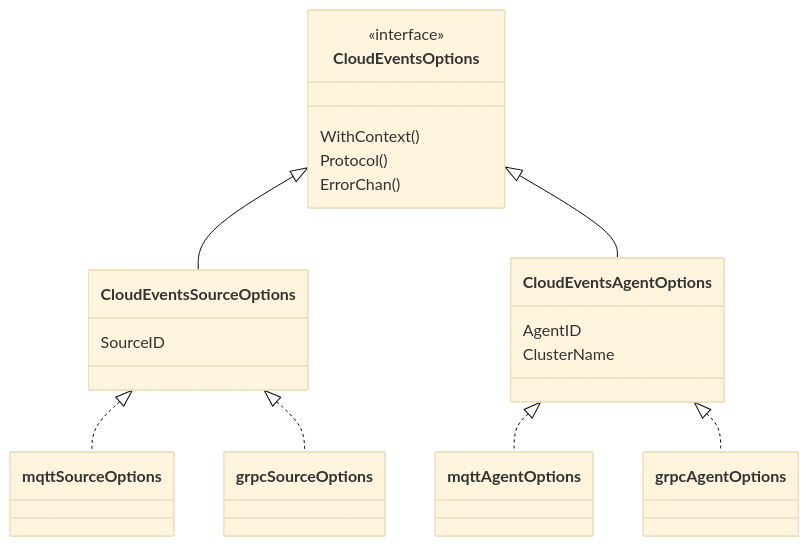
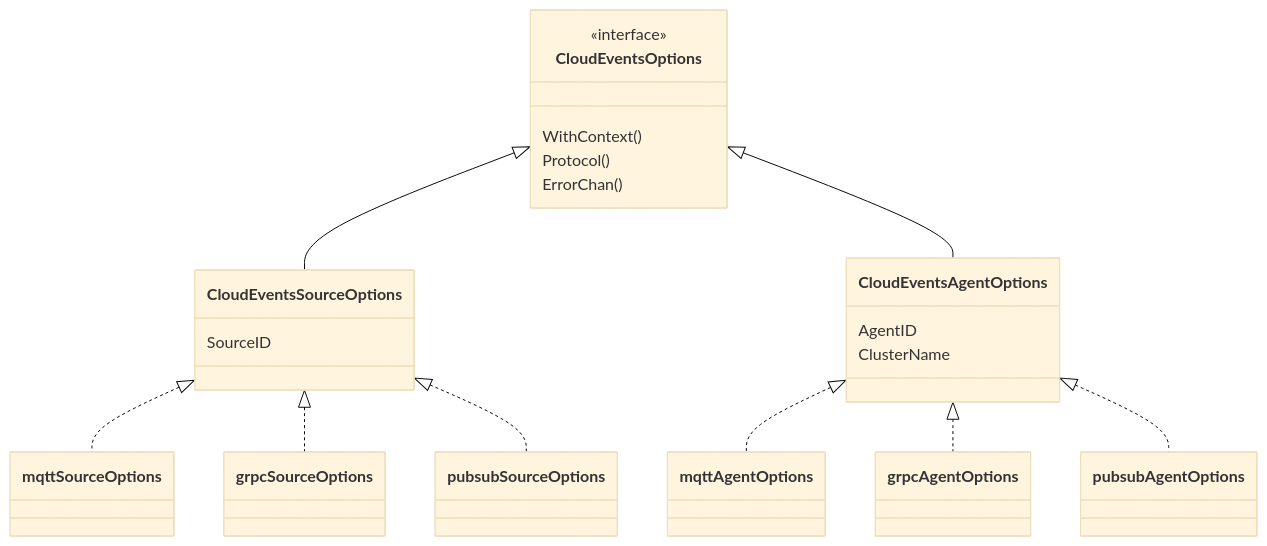
The first of 10 diagrams in pkg/cloudevents/doc/design.md (open-cluster-management-io/sdk-go), drawn with Mermaid (base theme) before and after one commit. The commit also changed other lines of this file and 826 other files, not shown here.

````diff
--- a/pkg/cloudevents/doc/design.md
+++ b/pkg/cloudevents/doc/design.md
@@ -21,27 +21,30 @@
 ```mermaid
 classDiagram
 class CloudEventsOptions {
     <<interface>>
     WithContext()
     Protocol()
     ErrorChan()
 }
 
 class CloudEventsSourceOptions{
     SourceID
 }
 
 class CloudEventsAgentOptions{
     AgentID
     ClusterName
 }
 
 CloudEventsOptions <|-- CloudEventsSourceOptions
 CloudEventsOptions <|-- CloudEventsAgentOptions
 
 CloudEventsSourceOptions <|.. mqttSourceOptions
 CloudEventsAgentOptions <|.. mqttAgentOptions
 
 CloudEventsSourceOptions <|.. grpcSourceOptions
 CloudEventsAgentOptions <|.. grpcAgentOptions
+
+CloudEventsSourceOptions <|.. pubsubSourceOptions
+CloudEventsAgentOptions <|.. pubsubAgentOptions
 ```
````
